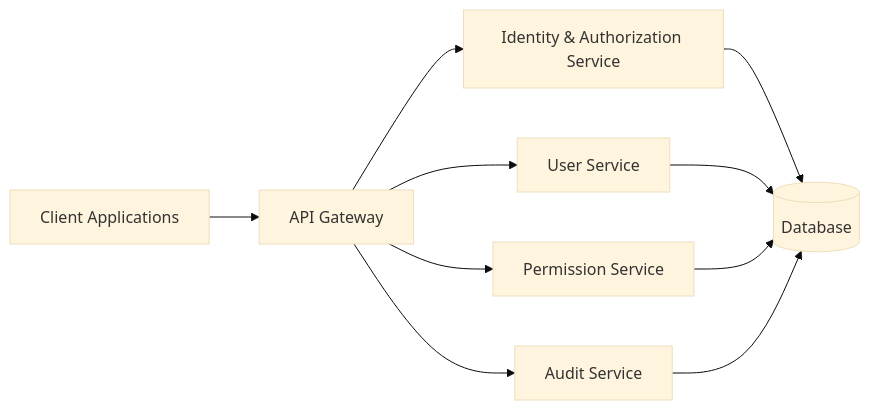
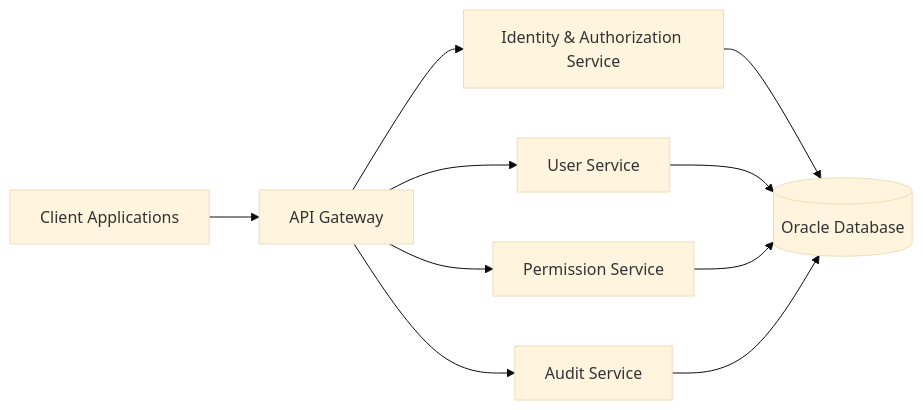
Diagram 26 of 29 in README.md (MotionPrograming/AuthorizationManagementSystem), drawn with Mermaid (base theme) before and after one commit. The commit also changed other lines of this file, not shown here.

````diff
--- a/README.md
+++ b/README.md
@@ -1262,24 +1289,24 @@
 ```mermaid
 flowchart LR
     CLIENT["Client Applications"]
     GATEWAY["API Gateway"]
     
     IAM["Identity & Authorization Service"]
     USER["User Service"]
     PERMISSION["Permission Service"]
     AUDIT["Audit Service"]
     
-    DB[("Database")]
+    DB[("Oracle Database")]
     
     CLIENT --> GATEWAY
     
     GATEWAY --> IAM
     GATEWAY --> USER
     GATEWAY --> PERMISSION
     GATEWAY --> AUDIT
     
     IAM --> DB
     USER --> DB
     PERMISSION --> DB
     AUDIT --> DB
 ```
````
